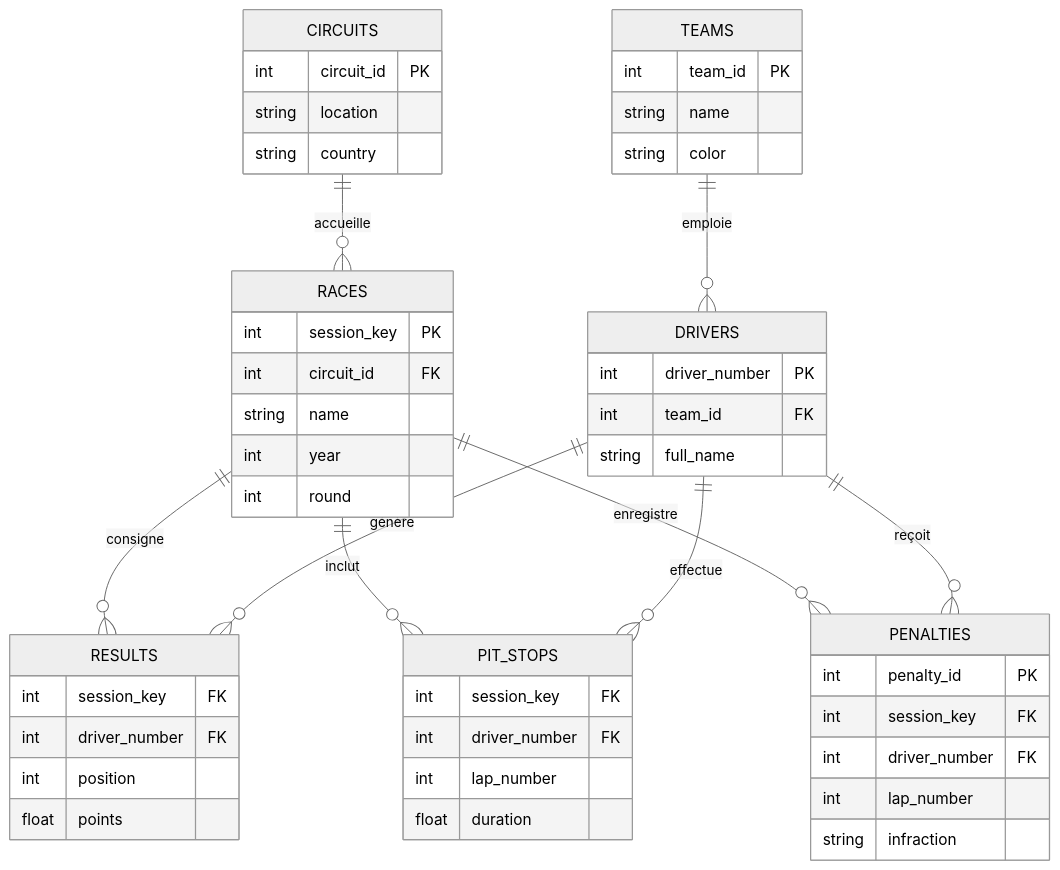
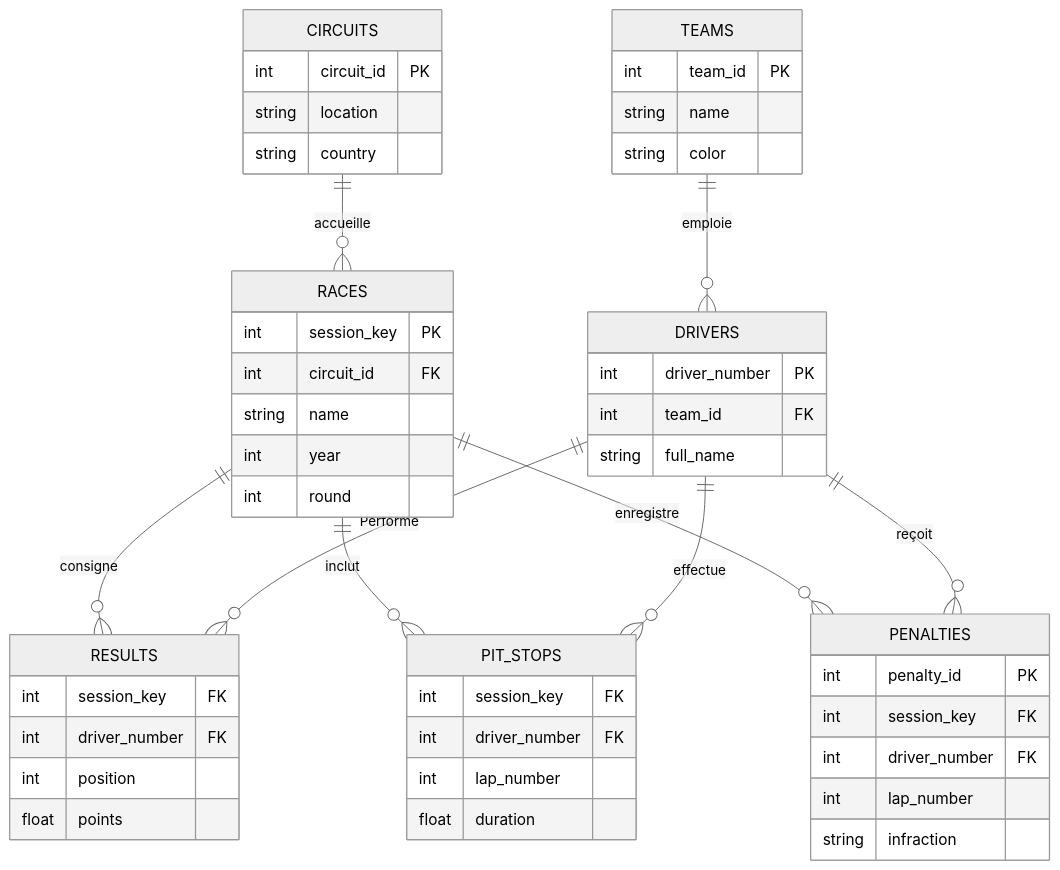
Before and after one commit to Nathan8Gehin/F1_Project_SQL: the diagram in design.md, drawn with Mermaid (neutral theme).

````diff
--- a/design.md
+++ b/design.md
@@ -27,61 +27,61 @@
 ```mermaid
 erDiagram
     CIRCUITS ||--o{ RACES : "accueille"
     RACES ||--o{ RESULTS : "consigne"
     RACES ||--o{ PIT_STOPS : "inclut"
     RACES ||--o{ PENALTIES : "enregistre"
     
     TEAMS ||--o{ DRIVERS : "emploie"
     
-    DRIVERS ||--o{ RESULTS : "génère"
+    DRIVERS ||--o{ RESULTS : "Performe"
     DRIVERS ||--o{ PIT_STOPS : "effectue"
     DRIVERS ||--o{ PENALTIES : "reçoit"
 
     CIRCUITS {
         int circuit_id PK
         string location
         string country
     }
 
     RACES {
         int session_key PK
         int circuit_id FK
         string name
         int year
         int round
     }
 
     TEAMS {
         int team_id PK
         string name
         string color
     }
 
     DRIVERS {
         int driver_number PK
         int team_id FK
         string full_name
     }
 
     RESULTS {
         int session_key FK
         int driver_number FK
         int position
         float points
     }
 
     PIT_STOPS {
         int session_key FK
         int driver_number FK
         int lap_number
         float duration
     }
 
     PENALTIES {
         int penalty_id PK
         int session_key FK
         int driver_number FK
         int lap_number
         string infraction
     }
 ```
````
